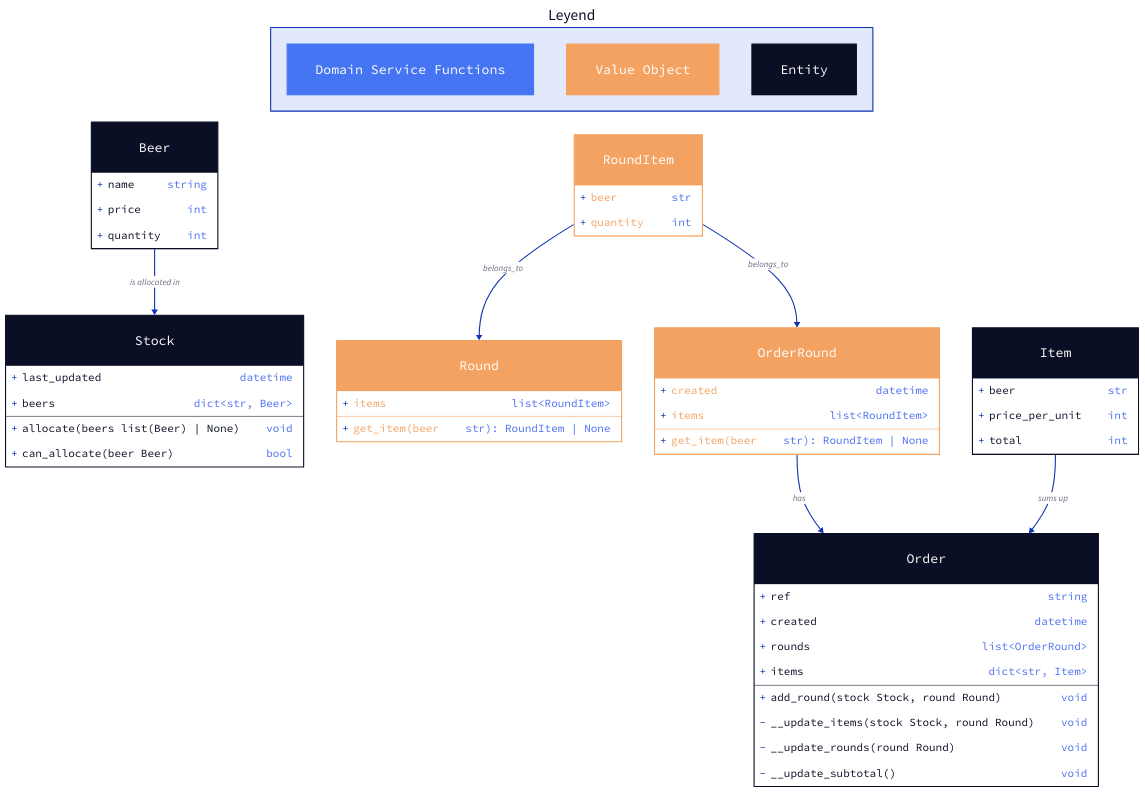
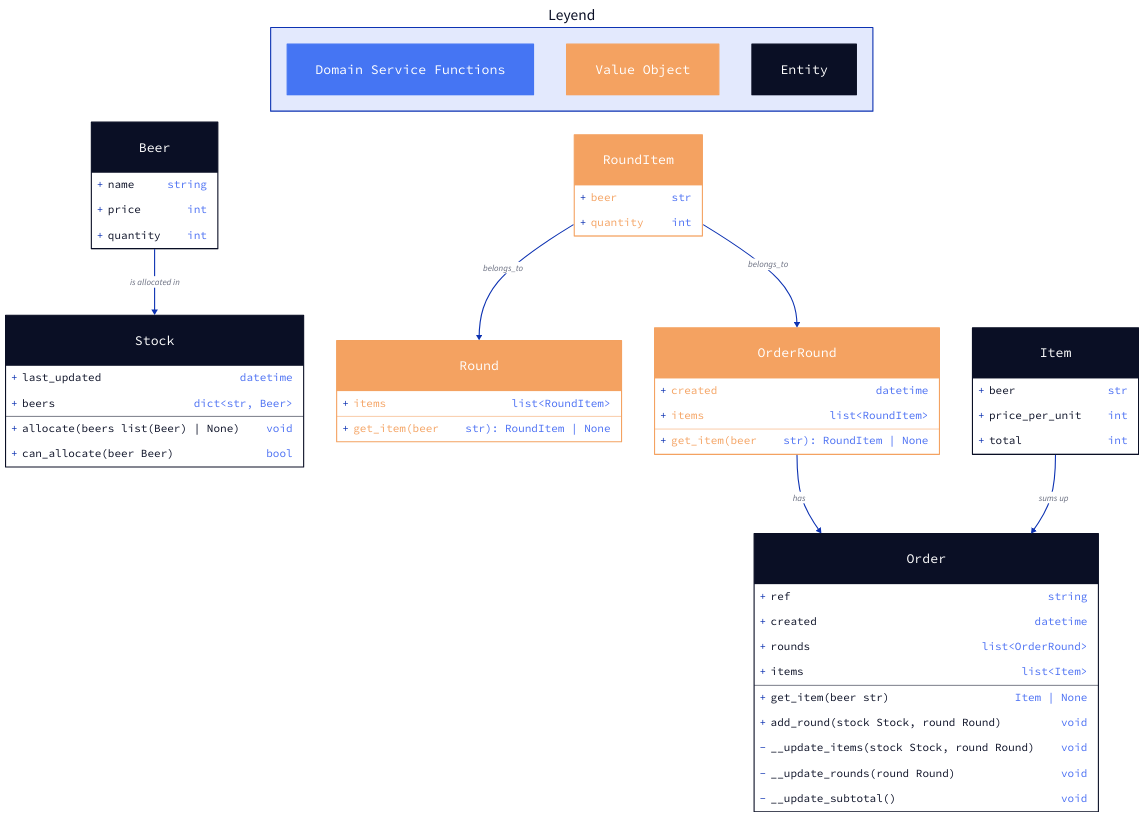
The diagram in assets/model.d2 (oscargicast/beershop), drawn with D2 before and after one commit. The commit also changed 11 other files, not shown here.

```diff
--- a/assets/model.d2
+++ b/assets/model.d2
@@ -1,122 +1,123 @@
 vars: {
   value_object_color: "#f4a261"
   domain_service_function_color: "#4575F3"
 }
 
 """
 STOCK
 """
 
 Beer: {
   shape: class
 
   +name: string
   +price: int
   +quantity: int
 }
 
 Stock: {
   shape: class
 
   +last_updated: datetime
   +beers: dict<str, Beer>
 
   +allocate(beers list(Beer) | None): void
   +can_allocate(beer Beer): bool
 }
 
 Beer -> Stock: is allocated in
 
 """
 ROUND
 """
 
 RoundItem: {
   shape: class
 
   +beer: str
   +quantity: int
 
   style.fill: ${value_object_color}
 }
 
 Round: {
   shape: class
 
   +items: list<RoundItem>
 
   +get_item(beer: str): RoundItem | None
 
   style.fill: ${value_object_color}
 }
 
 OrderRound: {
   shape: class
 
   +created: datetime
   +items: list<RoundItem>
 
   +get_item(beer: str): RoundItem | None
 
   style.fill: ${value_object_color}
 }
 
 RoundItem -> Round: belongs_to
 RoundItem -> OrderRound: belongs_to
 
 """
 ITEM
 """
 
 Item: {
   shape: class
 
   +beer: str
   +price_per_unit: int # Snapshot of the price at the moment of the order
   +total: int # Quantity of beers.
 }
 
 """
 ORDER
 """
 
 Order: {
   shape: class
 
   +ref: string
   +created: datetime
   +rounds: list<OrderRound>
-  +items: dict<str, Item>
+  +items: list<Item>
 
+  +get_item(beer str): Item | None
   +add_round(stock Stock, round Round): void
   -__update_items(stock Stock, round Round): void
   -__update_rounds(round Round): void
   -__update_subtotal(): void
 }
 
 OrderRound -> Order: has
 Item -> Order: sums up
 
 """
 LEGEND
 """
 
 Leyend: {
   near: top-center
 
   Domain Service Functions: {
     shape: class
 
     style.fill: ${domain_service_function_color}
   }
 
   Value Object: {
     shape: class
 
     style.fill: ${value_object_color}
   }
 
   Entity: {
     shape: class
   }
 }
```
